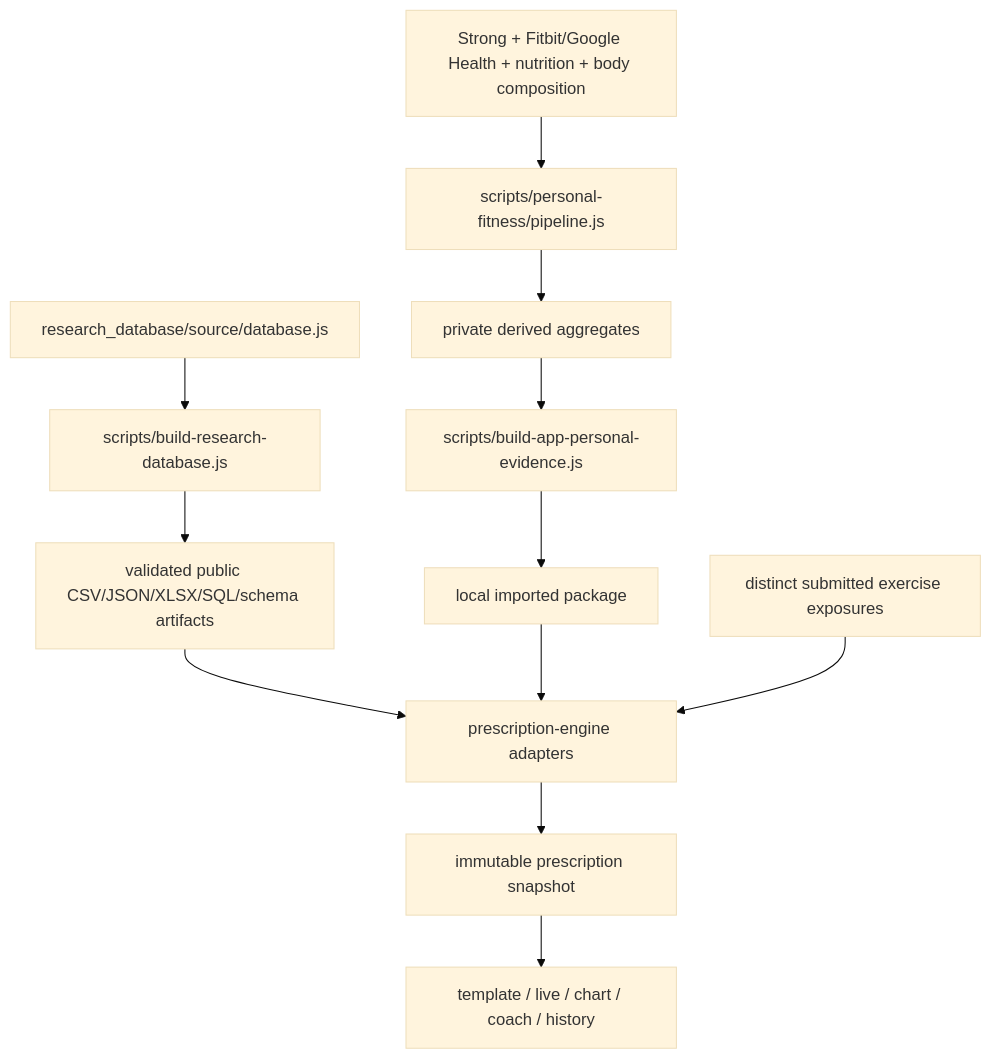
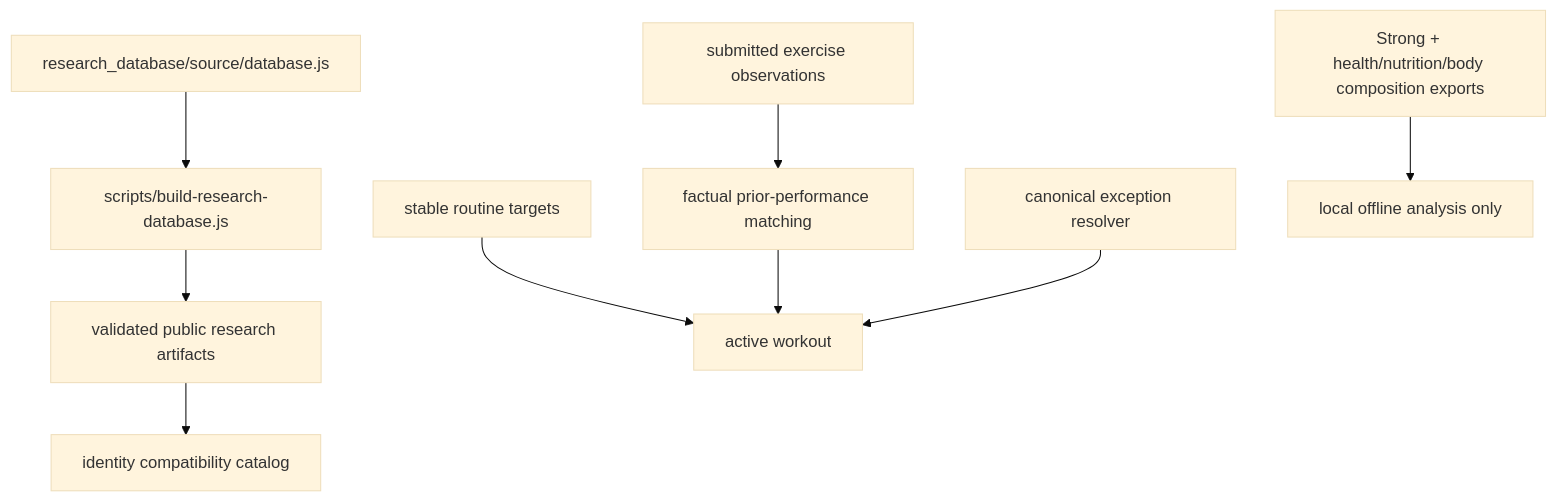
The third of 3 diagrams in docs/ARCHITECTURE.md (emills314-star/comprehensive-fitness), drawn with Mermaid (base theme) before and after one commit. The commit also changed other lines of this file and 18 other files, not shown here.

````diff
--- a/docs/ARCHITECTURE.md
+++ b/docs/ARCHITECTURE.md
@@ -180,14 +180,11 @@
 ```mermaid
 flowchart TD
   ResearchSource[research_database/source/database.js] --> Build[scripts/build-research-database.js]
-  Build --> ResearchExports[validated public CSV/JSON/XLSX/SQL/schema artifacts]
-  PrivateExports[Strong + Fitbit/Google Health + nutrition + body composition] --> PersonalPipeline[scripts/personal-fitness/pipeline.js]
-  PersonalPipeline --> Aggregates[private derived aggregates]
-  Aggregates --> EvidenceBuilder[scripts/build-app-personal-evidence.js]
-  EvidenceBuilder --> Imported[local imported package]
-  ResearchExports --> Adapters[prescription-engine adapters]
-  Imported --> Adapters
-  AppHistory[distinct submitted exercise exposures] --> Adapters
-  Adapters --> Snapshot[immutable prescription snapshot]
-  Snapshot --> Surfaces[template / live / chart / coach / history]
+  Build --> ResearchExports[validated public research artifacts]
+  ResearchExports --> Identity[identity compatibility catalog]
+  AppHistory[submitted exercise observations] --> PriorFacts[factual prior-performance matching]
+  StableRoutine[stable routine targets] --> Logger[active workout]
+  PriorFacts --> Logger
+  Resolver[canonical exception resolver] --> Logger
+  PrivateExports[Strong + health/nutrition/body composition exports] --> OfflinePipeline[local offline analysis only]
 ```
````
